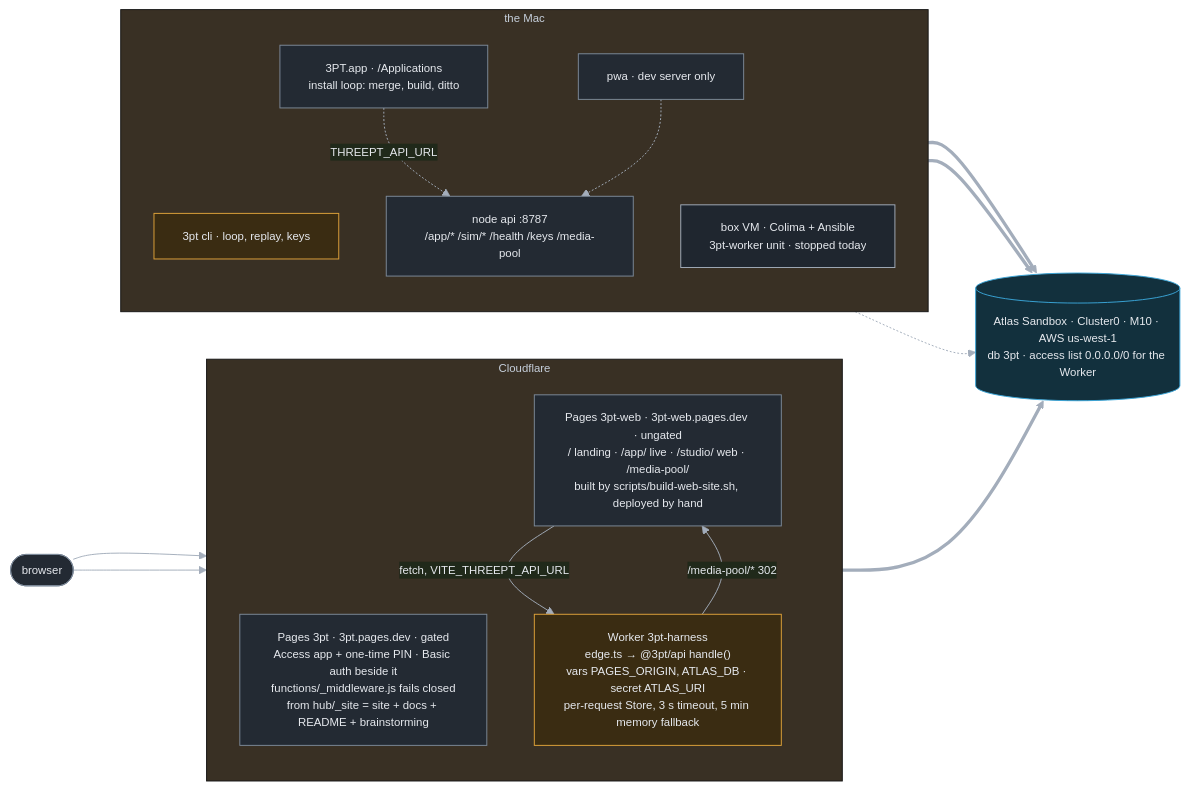
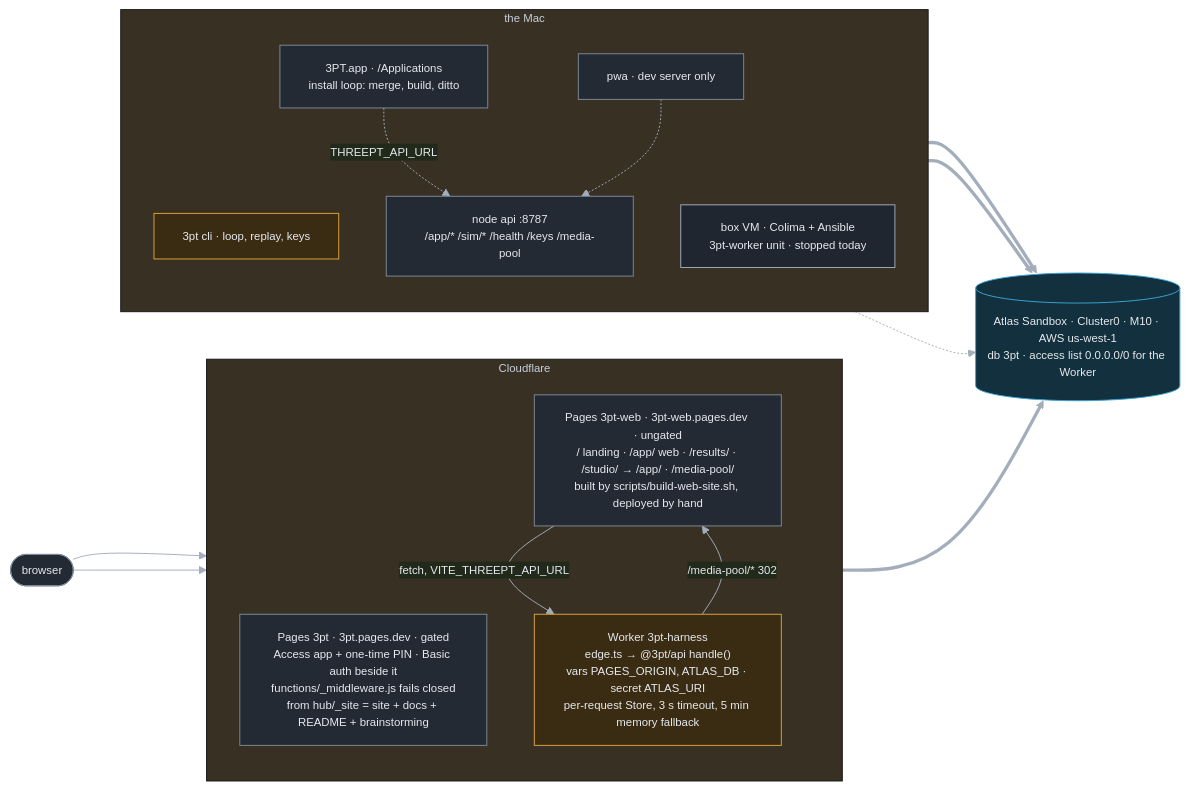
Diagram 16 of 18 in docs/20-system-map.md (pastarita/3pt), drawn with Mermaid before and after one commit. The commit also changed other lines of this file and 3 other files, not shown here.

First line of the commit message:
docs: 20, 21 and 22 describe the web app at /app/ and live as no longer served

````diff
--- a/docs/20-system-map.md
+++ b/docs/20-system-map.md
@@ -799,34 +800,34 @@
 ```mermaid
 %%{init: {"theme":"base","themeVariables":{"background":"#0f1216","primaryColor":"#1a2029","primaryTextColor":"#e6e9ee","primaryBorderColor":"#3a4552","lineColor":"#a3adbb","fontFamily":"ui-monospace, Menlo, monospace","fontSize":"12px"}}}%%
 flowchart LR
   BR(["browser"]):::surface
   subgraph CF["Cloudflare"]
     direction TB
     HUB["Pages 3pt · 3pt.pages.dev · gated\nAccess app + one-time PIN · Basic auth beside it\nfunctions/_middleware.js fails closed\nfrom hub/_site = site + docs + README + brainstorming"]:::surface
-    WEBP["Pages 3pt-web · 3pt-web.pages.dev · ungated\n/ landing · /app/ live · /studio/ web · /media-pool/\nbuilt by scripts/build-web-site.sh, deployed by hand"]:::surface
+    WEBP["Pages 3pt-web · 3pt-web.pages.dev · ungated\n/ landing · /app/ web · /results/ · /studio/ → /app/ · /media-pool/\nbuilt by scripts/build-web-site.sh, deployed by hand"]:::surface
     WRK["Worker 3pt-harness\nedge.ts → @3pt/api handle()\nvars PAGES_ORIGIN, ATLAS_DB · secret ATLAS_URI\nper-request Store, 3 s timeout, 5 min memory fallback"]:::build
   end
   ATL[("Atlas Sandbox · Cluster0 · M10 · AWS us-west-1\ndb 3pt · access list 0.0.0.0/0 for the Worker")]:::atlas
   subgraph LOCAL["the Mac"]
     direction TB
     CLI["3pt cli · loop, replay, keys"]:::build
     APIN["node api :8787\n/app/* /sim/* /health /keys /media-pool"]:::surface
     MAC["3PT.app · /Applications\ninstall loop: merge, build, ditto"]:::surface
     PWA["pwa · dev server only"]:::surface
     BOX["box VM · Colima + Ansible\n3pt-worker unit · stopped today"]:::battery
   end
   BR --> HUB
   BR --> WEBP
   WEBP -->|"fetch, VITE_THREEPT_API_URL"| WRK
   WRK -->|"/media-pool/* 302"| WEBP
   WRK ==> ATL
   CLI ==> ATL
   APIN ==> ATL
   MAC -.->|"THREEPT_API_URL"| APIN
   PWA -.-> APIN
   BOX -.-> ATL
   classDef build fill:#3a2c12,stroke:#e0a33a,color:#e6e9ee
   classDef atlas fill:#12303d,stroke:#3aa6d9,color:#e6e9ee
   classDef surface fill:#232a33,stroke:#7d8a99,color:#e6e9ee
   classDef battery fill:#1f262f,stroke:#a3adbb,color:#e6e9ee
 ```
````
